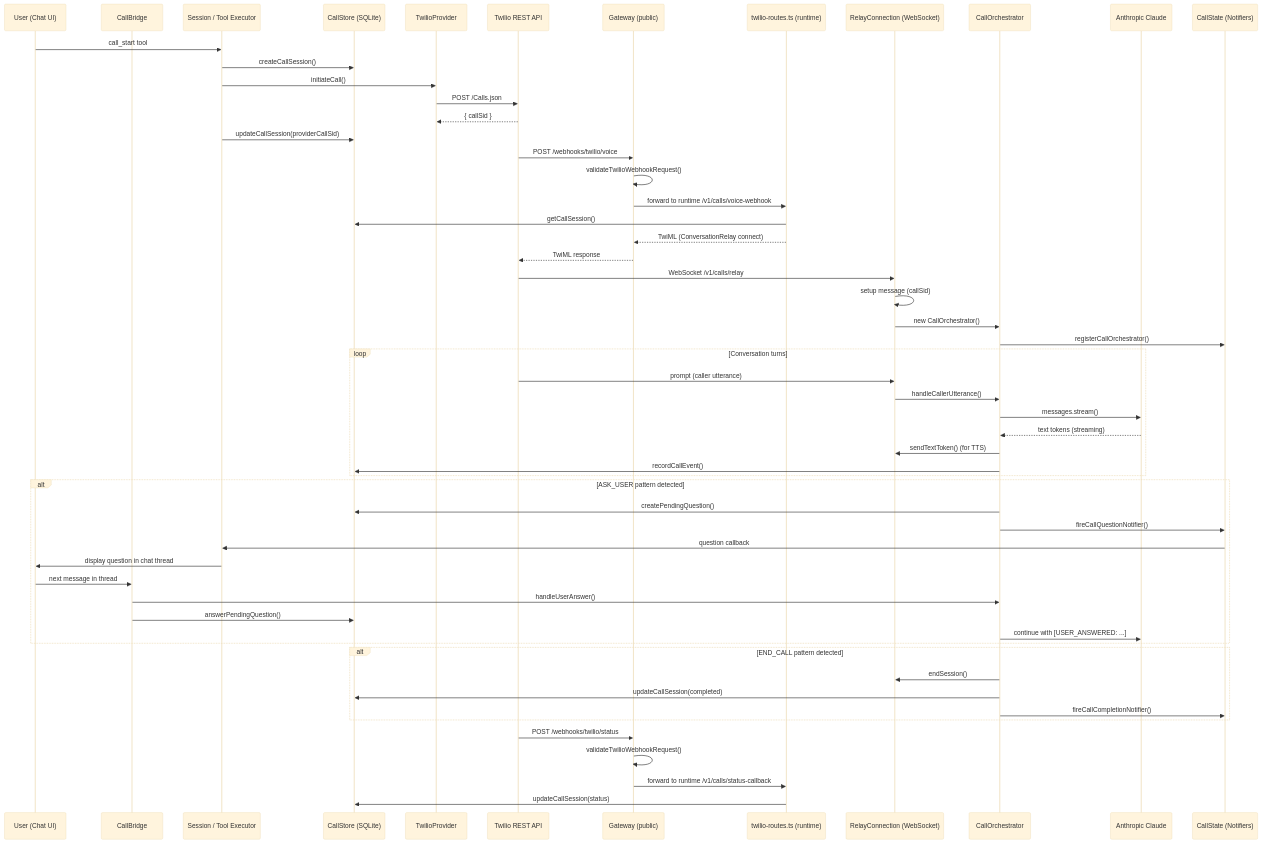
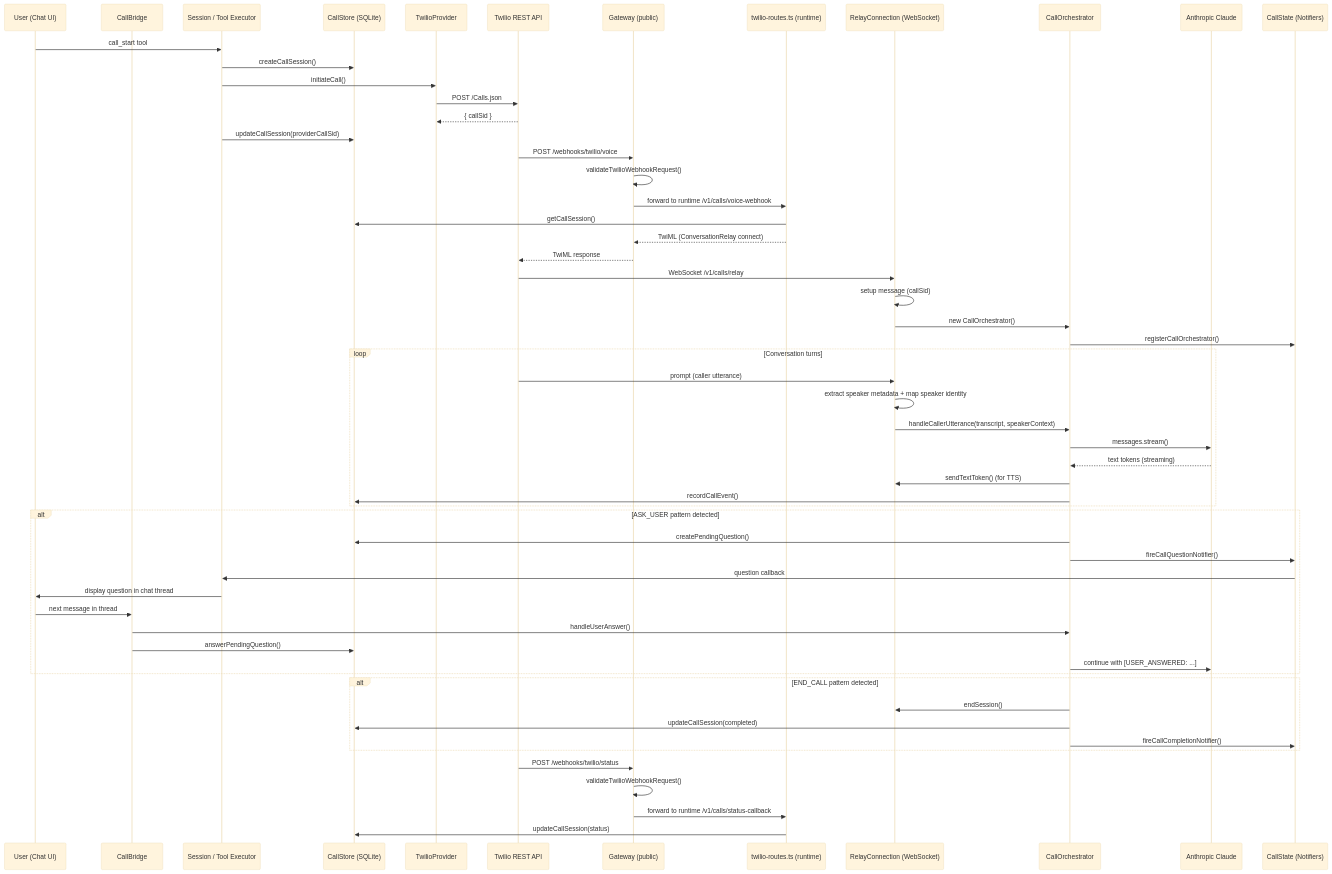
Diagram 45 of 45 in ARCHITECTURE.md (vellum-ai/vellum-assistant), drawn with Mermaid (base theme) before and after one commit. The commit also changed other lines of this file and 5 other files, not shown here.

Commit message:
Add speaker identification context for voice call orchestration

````diff
--- a/ARCHITECTURE.md
+++ b/ARCHITECTURE.md
@@ -3176,65 +3176,66 @@
 ```mermaid
 sequenceDiagram
     participant User as User (Chat UI)
     participant Bridge as CallBridge
     participant Session as Session / Tool Executor
     participant CallStore as CallStore (SQLite)
     participant TwilioProvider as TwilioProvider
     participant TwilioAPI as Twilio REST API
     participant Gateway as Gateway (public)
     participant Routes as twilio-routes.ts (runtime)
     participant WS as RelayConnection (WebSocket)
     participant Orch as CallOrchestrator
     participant LLM as Anthropic Claude
     participant State as CallState (Notifiers)
 
     User->>Session: call_start tool
     Session->>CallStore: createCallSession()
     Session->>TwilioProvider: initiateCall()
     TwilioProvider->>TwilioAPI: POST /Calls.json
     TwilioAPI-->>TwilioProvider: { callSid }
     Session->>CallStore: updateCallSession(providerCallSid)
 
     TwilioAPI->>Gateway: POST /webhooks/twilio/voice
     Gateway->>Gateway: validateTwilioWebhookRequest()
     Gateway->>Routes: forward to runtime /v1/calls/voice-webhook
     Routes->>CallStore: getCallSession()
     Routes-->>Gateway: TwiML (ConversationRelay connect)
     Gateway-->>TwilioAPI: TwiML response
 
     TwilioAPI->>WS: WebSocket /v1/calls/relay
     WS->>WS: setup message (callSid)
     WS->>Orch: new CallOrchestrator()
     Orch->>State: registerCallOrchestrator()
 
     loop Conversation turns
         TwilioAPI->>WS: prompt (caller utterance)
-        WS->>Orch: handleCallerUtterance()
+        WS->>WS: extract speaker metadata + map speaker identity
+        WS->>Orch: handleCallerUtterance(transcript, speakerContext)
         Orch->>LLM: messages.stream()
         LLM-->>Orch: text tokens (streaming)
         Orch->>WS: sendTextToken() (for TTS)
         Orch->>CallStore: recordCallEvent()
     end
 
     alt ASK_USER pattern detected
         Orch->>CallStore: createPendingQuestion()
         Orch->>State: fireCallQuestionNotifier()
         State->>Session: question callback
         Session->>User: display question in chat thread
         User->>Bridge: next message in thread
         Bridge->>Orch: handleUserAnswer()
         Bridge->>CallStore: answerPendingQuestion()
         Orch->>LLM: continue with [USER_ANSWERED: ...]
     end
 
     alt END_CALL pattern detected
         Orch->>WS: endSession()
         Orch->>CallStore: updateCallSession(completed)
         Orch->>State: fireCallCompletionNotifier()
     end
 
     TwilioAPI->>Gateway: POST /webhooks/twilio/status
     Gateway->>Gateway: validateTwilioWebhookRequest()
     Gateway->>Routes: forward to runtime /v1/calls/status-callback
     Routes->>CallStore: updateCallSession(status)
 ```
````
